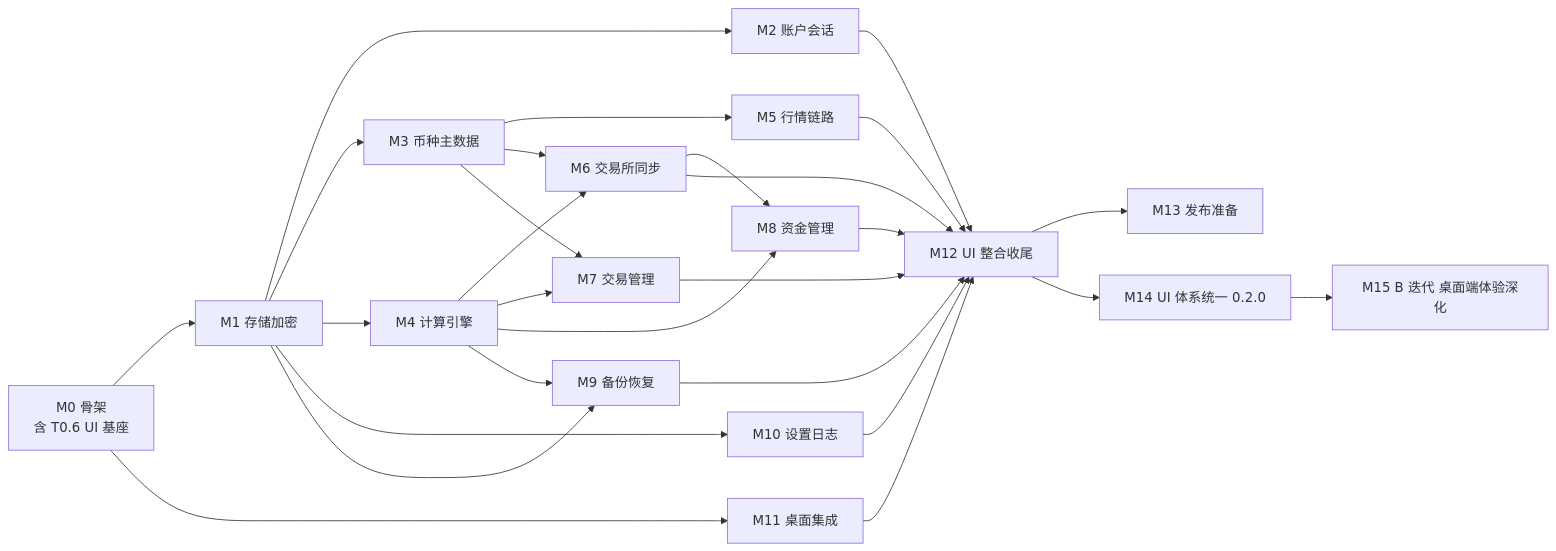
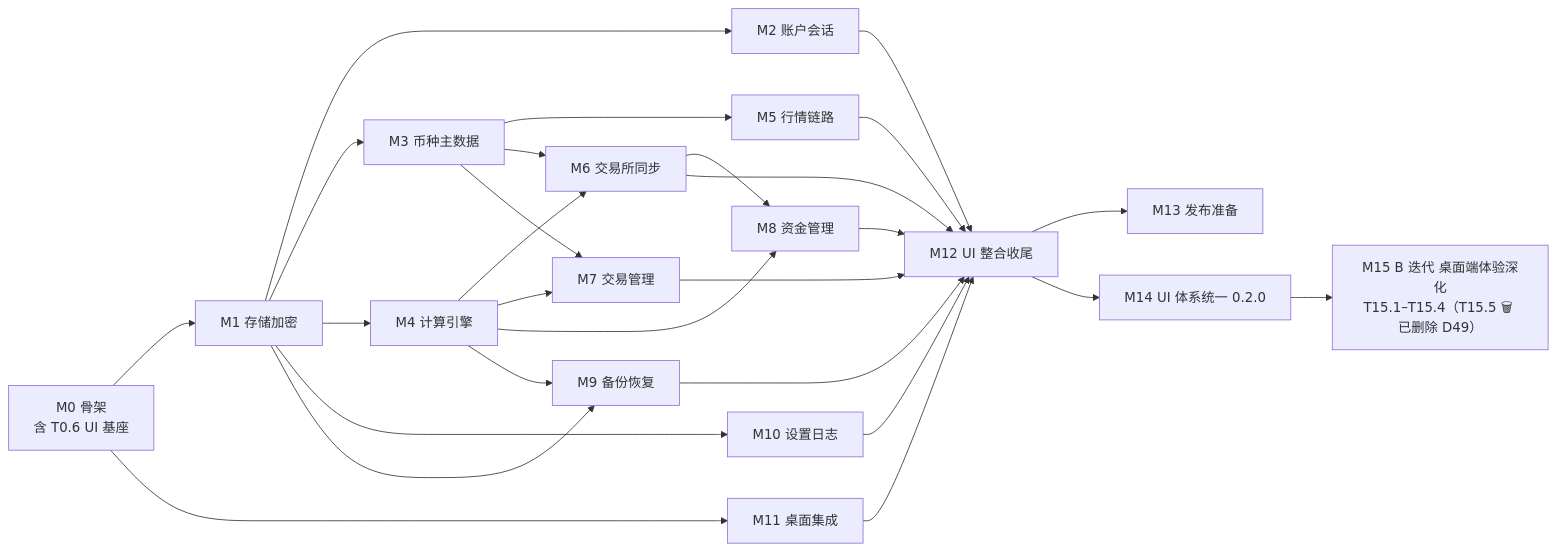
One commit to mapleafly/wuzhufolio changed the diagram in docs/tech/task-breakdown.md. Above: the diagram before and after it, drawn with Mermaid. The commit also changed other lines of this file and 31 other files, not shown here.

````diff
--- a/docs/tech/task-breakdown.md
+++ b/docs/tech/task-breakdown.md
@@ -35,22 +35,22 @@
 ```mermaid
 flowchart LR
   T0[M0 骨架<br/>含 T0.6 UI 基座] --> T1[M1 存储加密]
   T1 --> T2[M2 账户会话]
   T1 --> T3[M3 币种主数据]
   T1 --> T4[M4 计算引擎]
   T1 --> T10[M10 设置日志]
   T0 --> T11[M11 桌面集成]
   T3 --> T5[M5 行情链路]
   T3 --> T6[M6 交易所同步]
   T4 --> T6
   T4 --> T7[M7 交易管理]
   T3 --> T7
   T4 --> T8[M8 资金管理]
   T6 --> T8
   T1 --> T9[M9 备份恢复]
   T4 --> T9
   T2 & T5 & T6 & T7 & T8 & T9 & T10 & T11 --> T12[M12 UI 整合收尾]
   T12 --> T13[M13 发布准备]
   T12 --> T14[M14 UI 体系统一 0.2.0]
-  T14 --> T15[M15 B 迭代 桌面端体验深化]
+  T14 --> T15[M15 B 迭代 桌面端体验深化<br/>T15.1–T15.4（T15.5 🗑 已删除 D49）]
 ```
````
